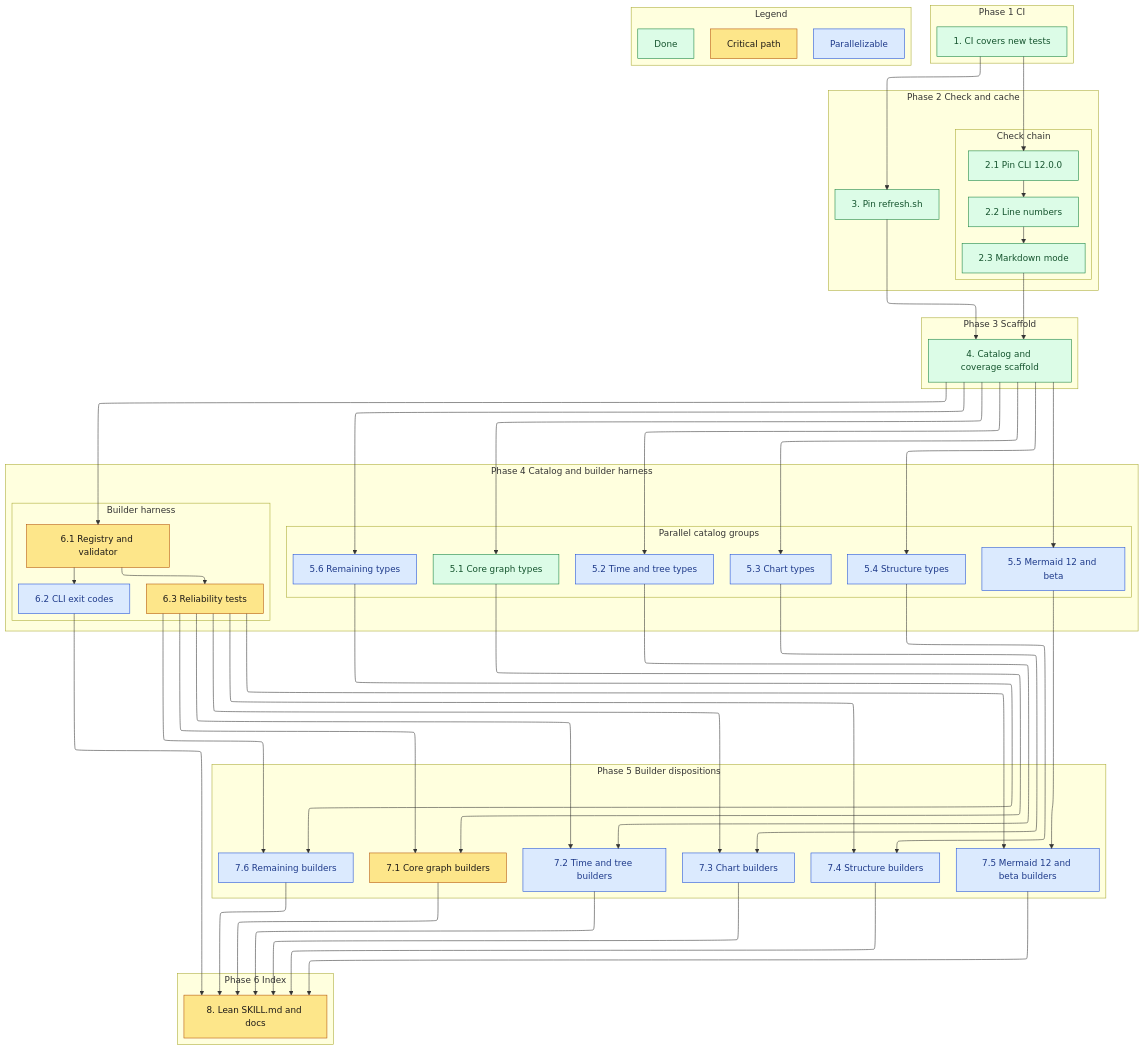
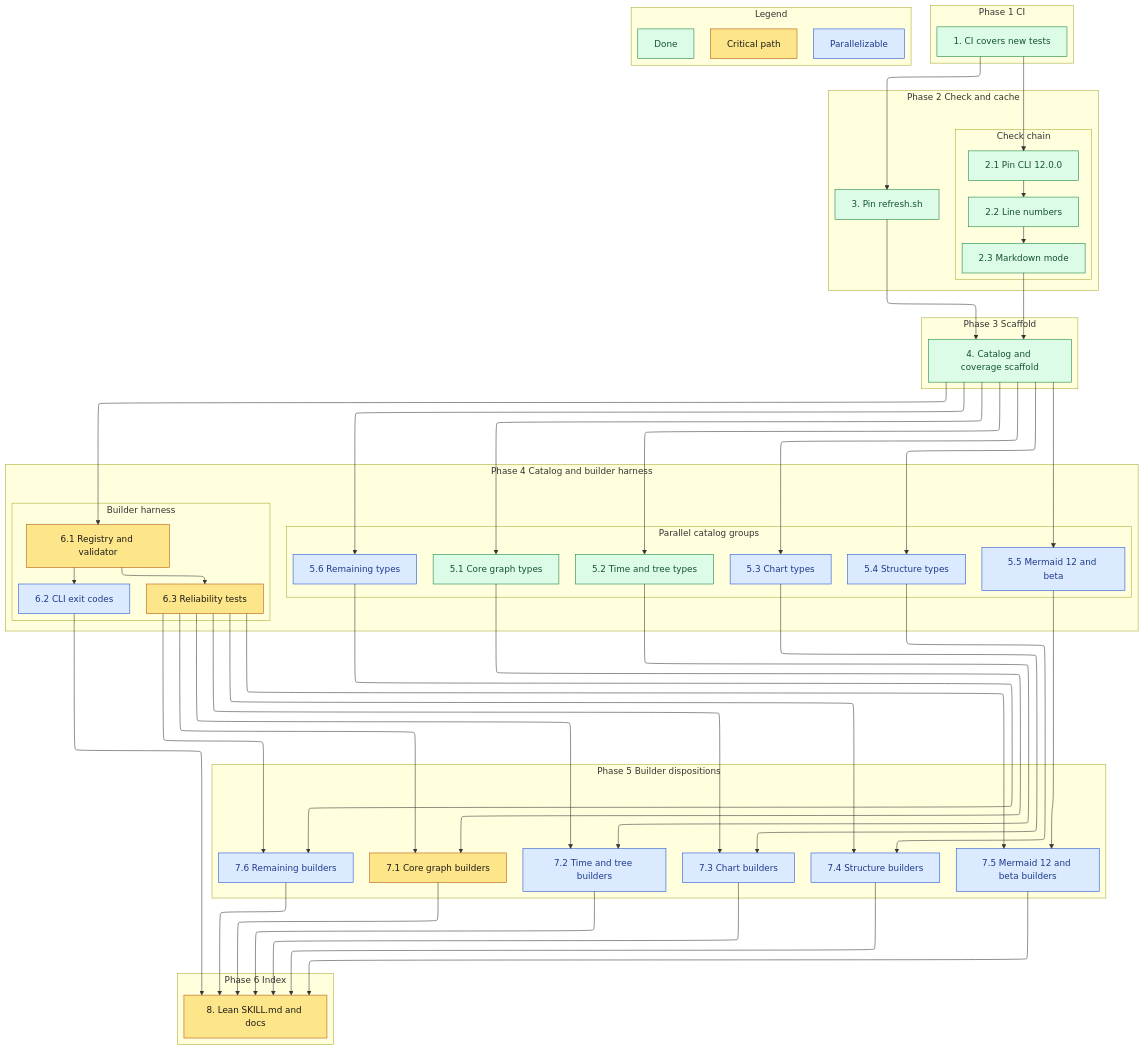
Before and after one commit to sohampatwardhan/mermaid-skill: the diagram in .kiro/specs/mermaid-catalog/tasks.md, drawn with Mermaid. The commit also changed other lines of this file and 7 other files, not shown here.

````diff
--- a/.kiro/specs/mermaid-catalog/tasks.md
+++ b/.kiro/specs/mermaid-catalog/tasks.md
@@ -94,7 +94,7 @@
   classDef critical fill:#fde68a,stroke:#b45309,color:#1c1917
   classDef parallel fill:#dbeafe,stroke:#1d4ed8,color:#1e3a8a
   classDef done fill:#dcfce7,stroke:#15803d,color:#14532d
-  class t1,t2_1,t2_2,t2_3,t3,t4,t5_1,ld done
+  class t1,t2_1,t2_2,t2_3,t3,t4,t5_1,t5_2,ld done
   class t6_1,t6_3,t7_1,t8,lc critical
-  class t5_2,t5_3,t5_4,t5_5,t5_6,t6_2,t7_2,t7_3,t7_4,t7_5,t7_6,lp parallel
+  class t5_3,t5_4,t5_5,t5_6,t6_2,t7_2,t7_3,t7_4,t7_5,t7_6,lp parallel
 ```
````
